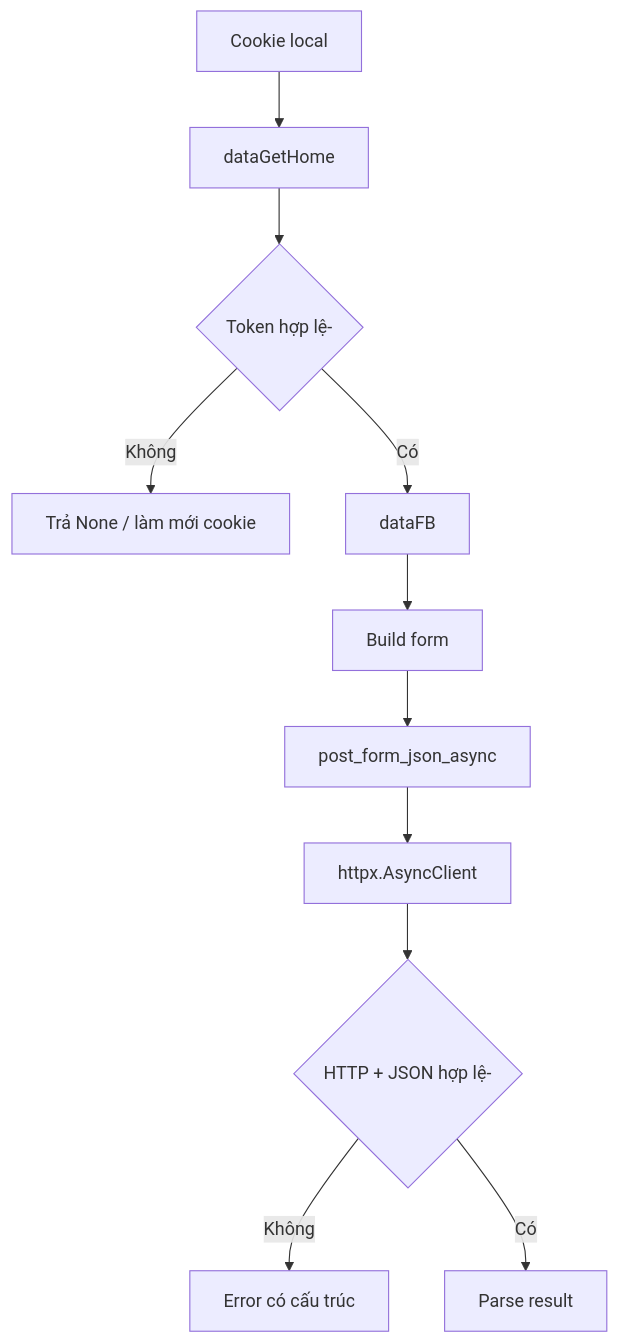
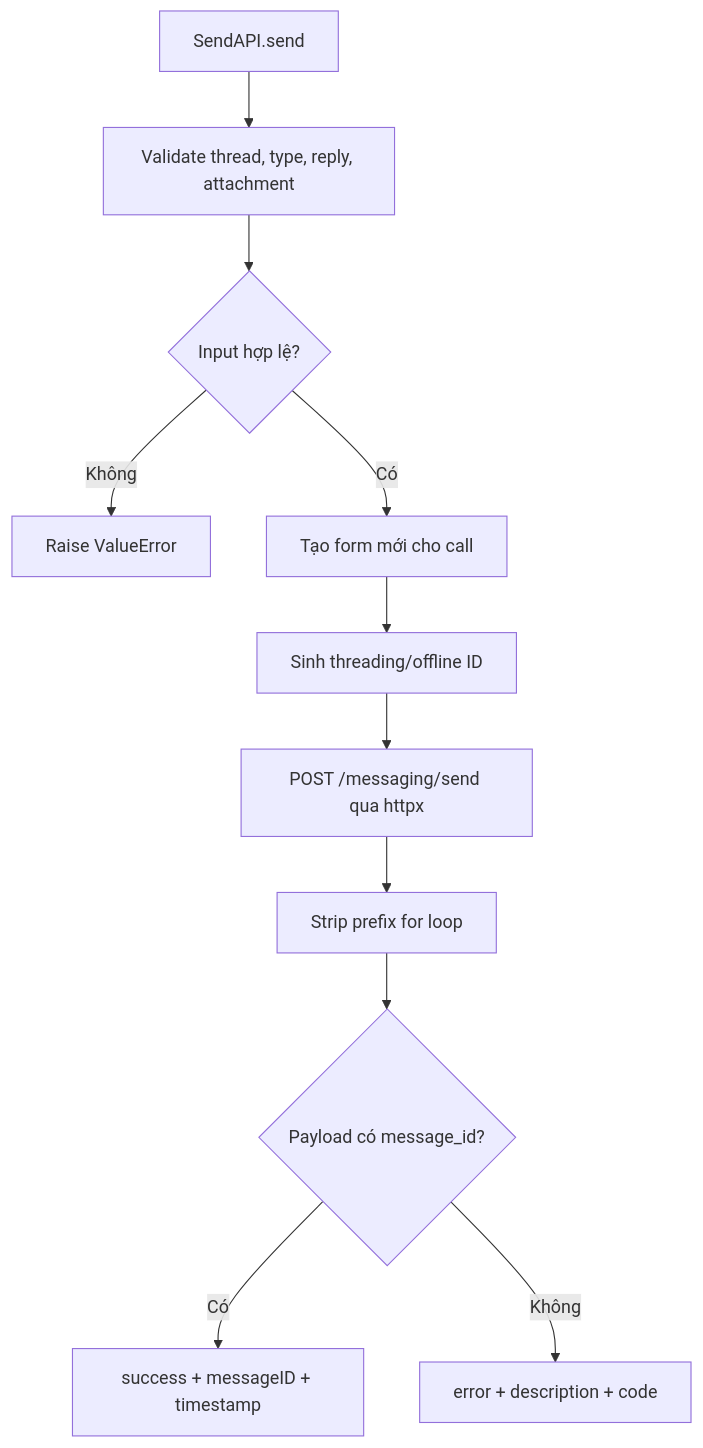
One commit to m008v/fbchat-v2 changed the fourth of 13 diagrams in FLOWCHART.md. Above: the diagram before and after it, drawn with Mermaid. The commit also changed other lines of this file and 19 other files, not shown here.

````diff
--- a/FLOWCHART.md
+++ b/FLOWCHART.md
@@ -5,13 +82,13 @@
 ```mermaid
 flowchart TD
-    A[Cookie local] --> B[dataGetHome]
-    B --> C{Token hợp lệ-}
-    C -- Không --> D[Trả None / làm mới cookie]
-    C -- Có --> E[dataFB]
-    E --> F[Build form]
-    F --> G[post_form_json_async]
-    G --> H[httpx.AsyncClient]
-    H --> I{HTTP + JSON hợp lệ-}
-    I -- Không --> J[Error có cấu trúc]
-    I -- Có --> K[Parse result]
+    A[SendAPI.send] --> B[Validate thread, type, reply, attachment]
+    B --> C{Input hợp lệ?}
+    C -- Không --> D[Raise ValueError]
+    C -- Có --> E[Tạo form mới cho call]
+    E --> F[Sinh threading/offline ID]
+    F --> G[POST /messaging/send qua httpx]
+    G --> H[Strip prefix for loop]
+    H --> I{Payload có message_id?}
+    I -- Có --> J[success + messageID + timestamp]
+    I -- Không --> K[error + description + code]
 ```
````
